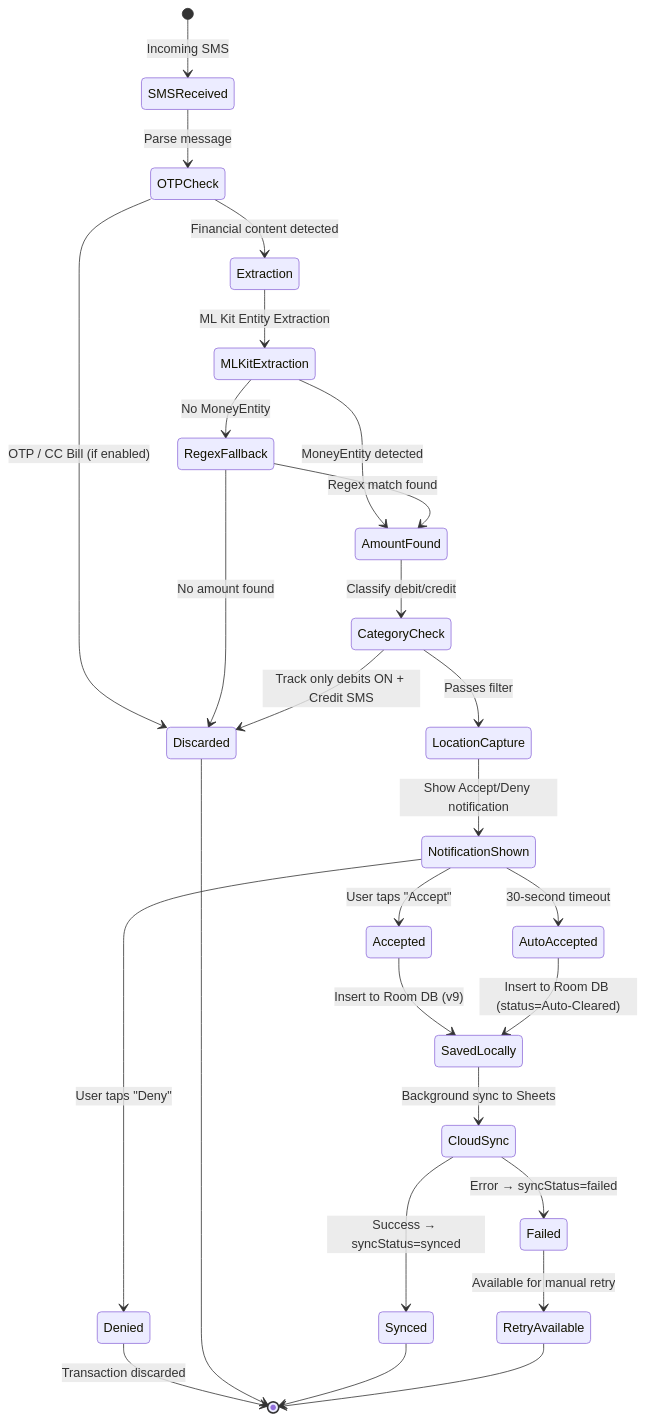
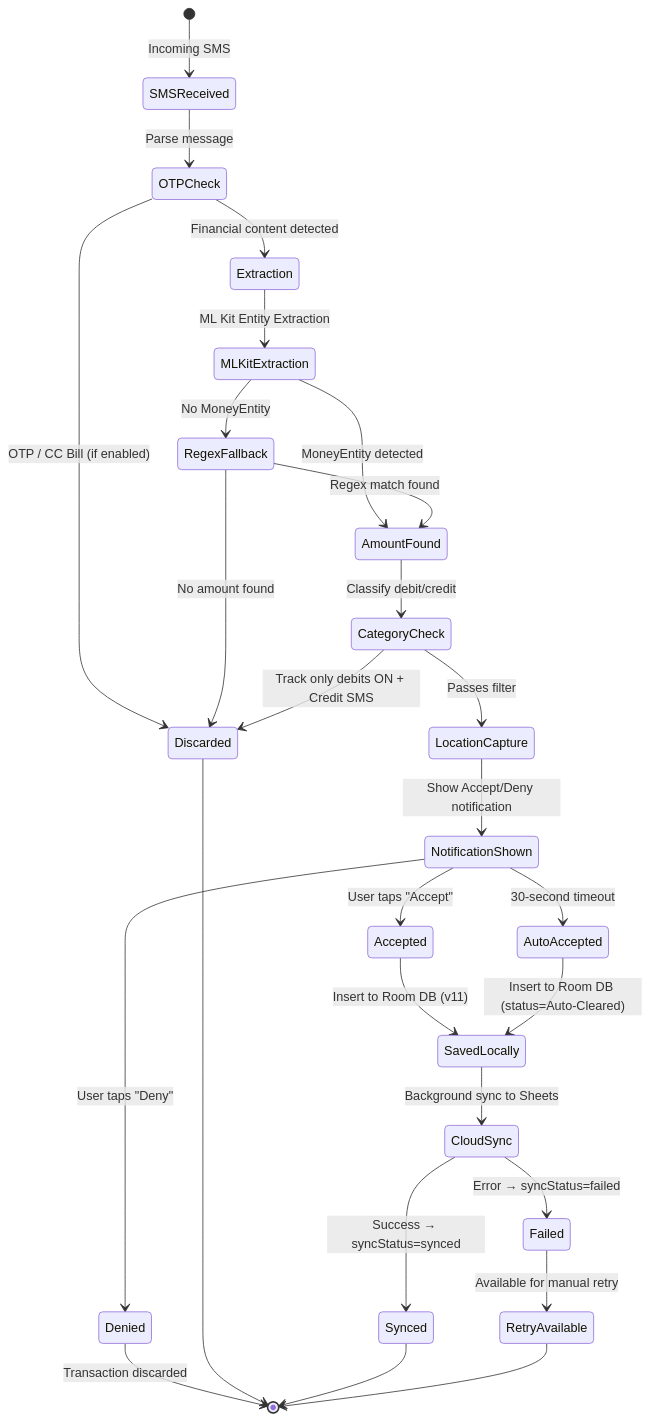
Before and after one commit to RahulGorai0206/expence-tracker: the third of 4 diagrams in README.md, drawn with Mermaid. The commit also changed other lines of this file and 1 other file, not shown here.

First line of the commit message:
docs: update README and project documentation for Room v11 and new features

````diff
--- a/README.md
+++ b/README.md
@@ -218,37 +229,37 @@
 ```mermaid
 stateDiagram-v2
     [*] --> SMSReceived: Incoming SMS
     SMSReceived --> OTPCheck: Parse message
 
     OTPCheck --> Discarded: OTP / CC Bill (if enabled)
     OTPCheck --> Extraction: Financial content detected
 
     Extraction --> MLKitExtraction: ML Kit Entity Extraction
     MLKitExtraction --> AmountFound: MoneyEntity detected
     MLKitExtraction --> RegexFallback: No MoneyEntity
     RegexFallback --> AmountFound: Regex match found
     RegexFallback --> Discarded: No amount found
 
     AmountFound --> CategoryCheck: Classify debit/credit
     CategoryCheck --> Discarded: Track only debits ON + Credit SMS
     CategoryCheck --> LocationCapture: Passes filter
 
     LocationCapture --> NotificationShown: Show Accept/Deny notification
 
     NotificationShown --> Accepted: User taps "Accept"
     NotificationShown --> Denied: User taps "Deny"
     NotificationShown --> AutoAccepted: 30-second timeout
 
-    Accepted --> SavedLocally: Insert to Room DB (v9)
+    Accepted --> SavedLocally: Insert to Room DB (v11)
     AutoAccepted --> SavedLocally: Insert to Room DB (status=Auto-Cleared)
 
     SavedLocally --> CloudSync: Background sync to Sheets
     CloudSync --> Synced: Success → syncStatus=synced
     CloudSync --> Failed: Error → syncStatus=failed
     Failed --> RetryAvailable: Available for manual retry
 
     Denied --> [*]: Transaction discarded
     Discarded --> [*]
     Synced --> [*]
     RetryAvailable --> [*]
 ```
````
